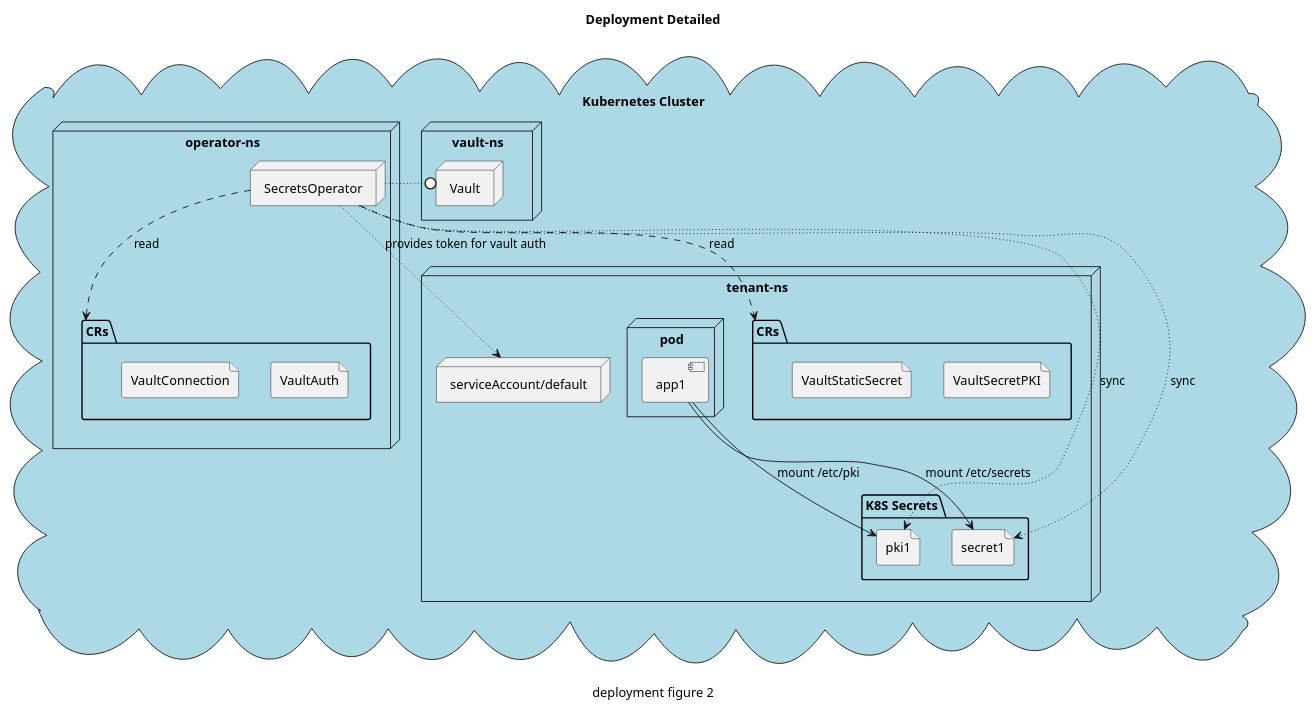
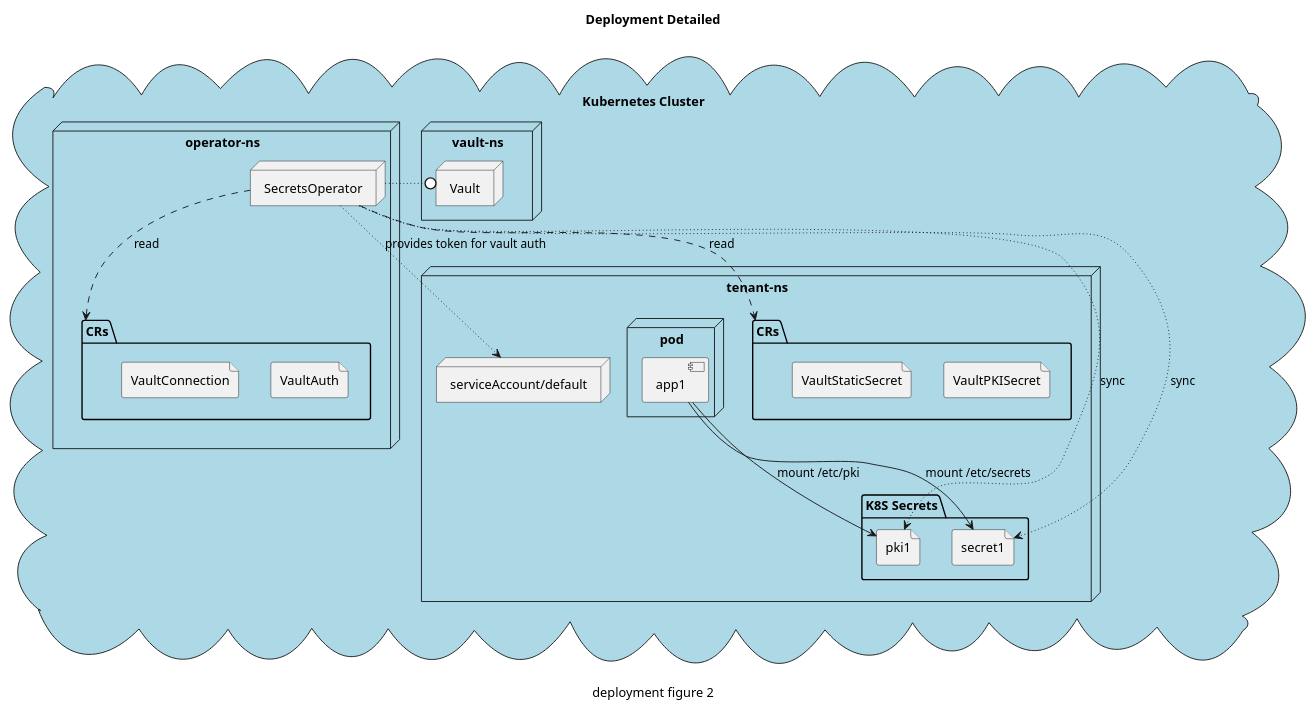
One commit to hashicorp/vault-secrets-operator changed the third of 4 diagrams in docs/diags/deployment.puml. Above: the diagram before and after it, drawn with PlantUML. The commit also changed 14 other files, not shown here.

Commit message:
VaultPKI --> VaultPKISecret

```diff
--- a/docs/diags/deployment.puml
+++ b/docs/diags/deployment.puml
@@ -77,40 +77,40 @@
 @startuml
 title Deployment Detailed
 cloud "Kubernetes Cluster"#LightBlue {
     node vault-ns {
         node Vault as vault
     }
     node operator-ns {
         folder CRs as crs1 {
             file "VaultAuth" as auth
             file "VaultConnection" as conn
         }
         node SecretsOperator as operator
     }
 
     operator -[dashed]-> crs1 : read
     operator -[dotted]0 vault
 
     node tenant-ns {
         node "serviceAccount/default" as sa
         folder CRs {
-            file "VaultSecretPKI"
+            file "VaultPKISecret"
             file "VaultStaticSecret"
         }
         folder "K8S Secrets" {
             file "pki1" as pki1
             file "secret1" as secret1
         }
         node pod as pod1 {
             component app1
         }
         app1 --> pki1 : mount /etc/pki
         app1 --> secret1 : mount /etc/secrets
     }
     operator -[dashed]-> CRs : read
     operator -[dotted]-> pki1 : sync
     operator -[dotted]-> secret1 : sync
     operator -[dotted]-> sa : provides token for vault auth
 }
 caption deployment figure 2
 @enduml
```
